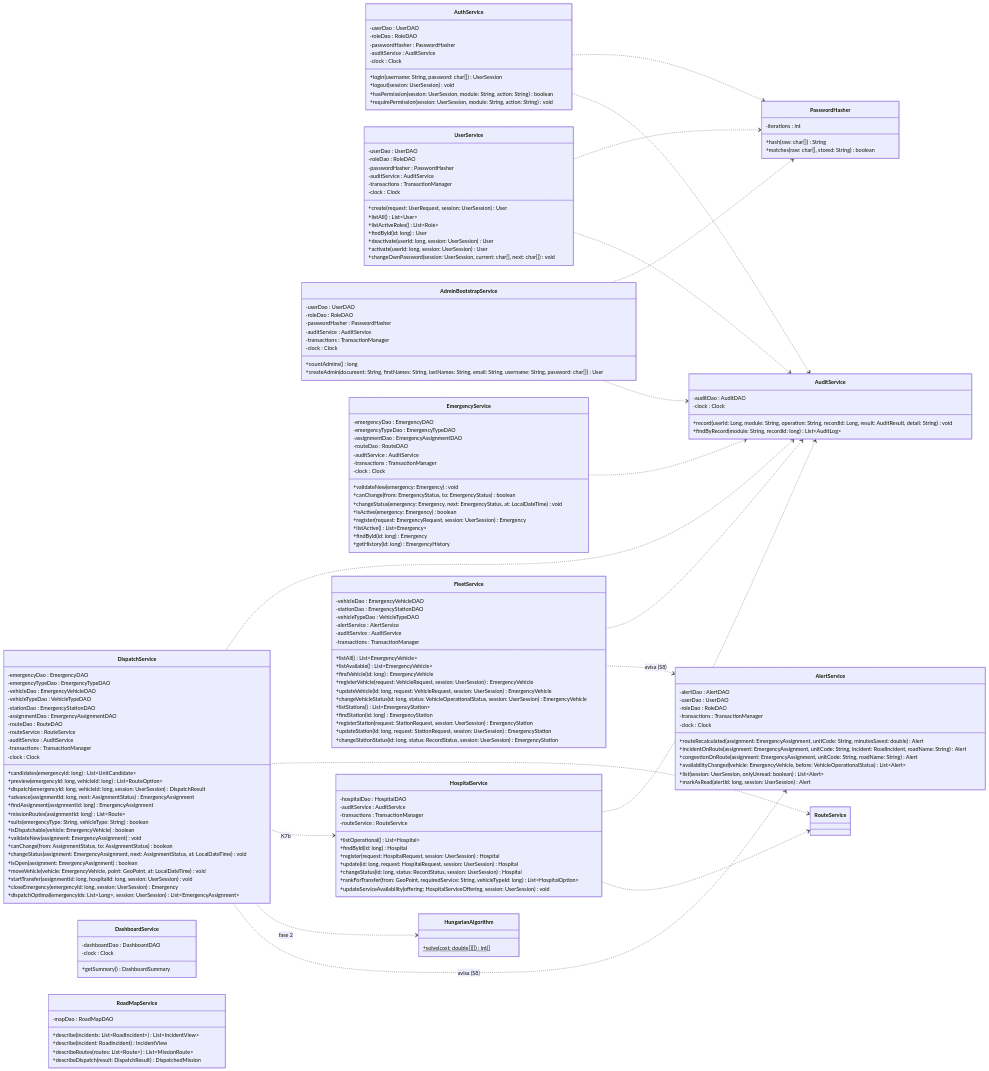
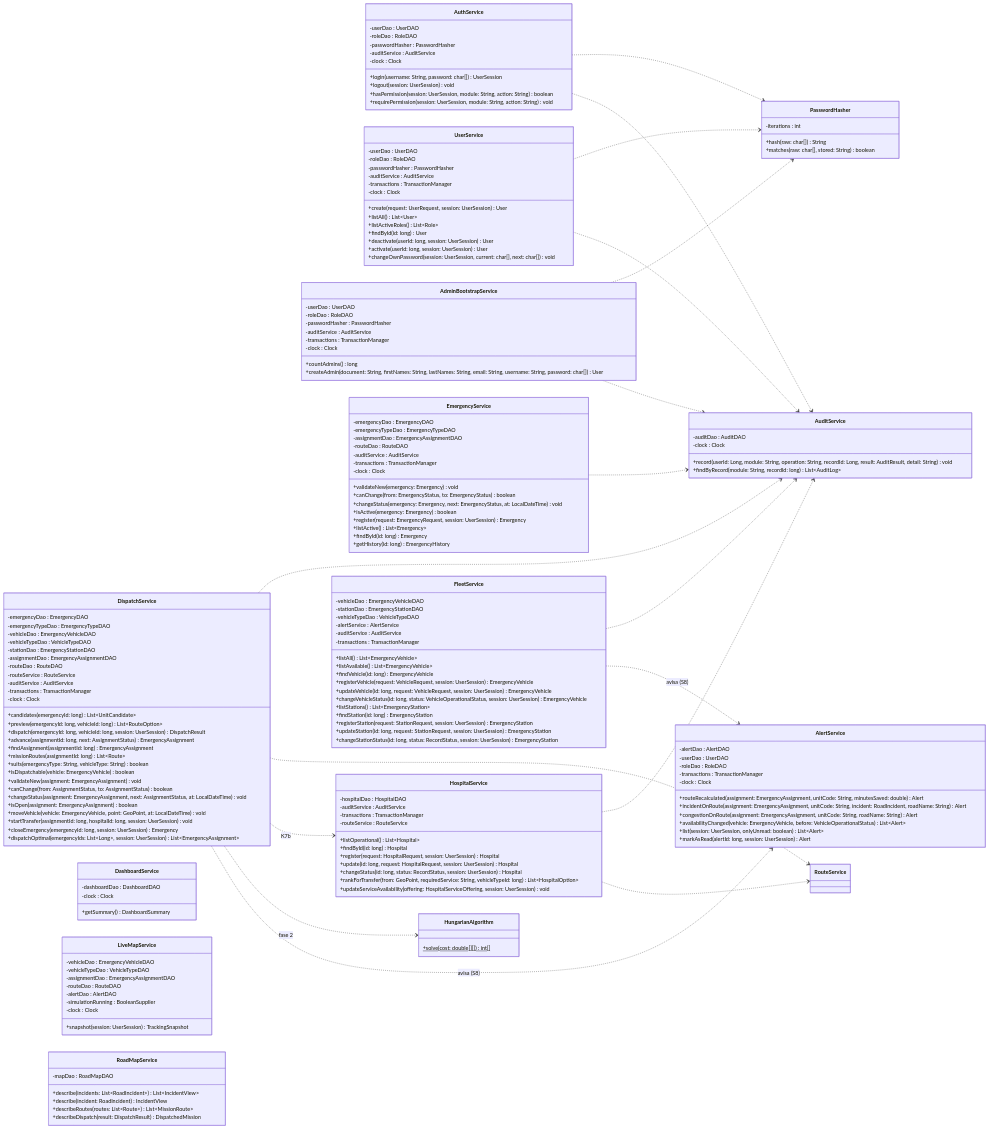
One commit to afzabaleta/RutaVida changed diagram 15 of 24 in docs/class-diagram.md. Above: the diagram before and after it, drawn with Mermaid. The commit also changed other lines of this file and 13 other files, not shown here.

```diff
--- a/docs/class-diagram.md
+++ b/docs/class-diagram.md
@@ -1159,6 +1159,16 @@
         -clock : Clock
         +getSummary() DashboardSummary
     }
+    class LiveMapService {
+        -vehicleDao : EmergencyVehicleDAO
+        -vehicleTypeDao : VehicleTypeDAO
+        -assignmentDao : EmergencyAssignmentDAO
+        -routeDao : RouteDAO
+        -alertDao : AlertDAO
+        -simulationRunning : BooleanSupplier
+        -clock : Clock
+        +snapshot(session: UserSession) TrackingSnapshot
+    }
     class RoadMapService {
         -mapDao : RoadMapDAO
         +describe(incidents: List~RoadIncident~) List~IncidentView~
```
